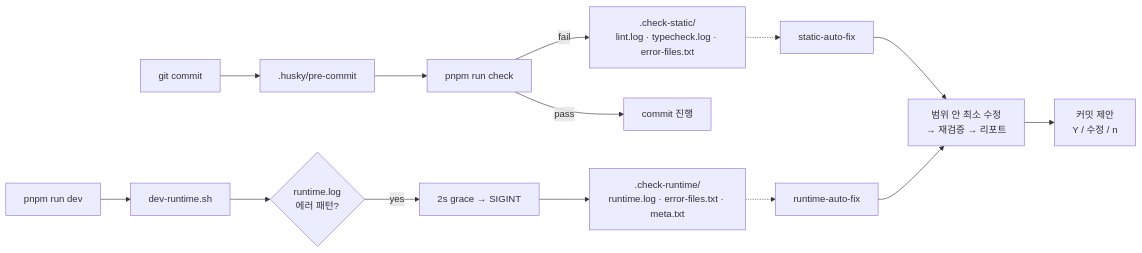
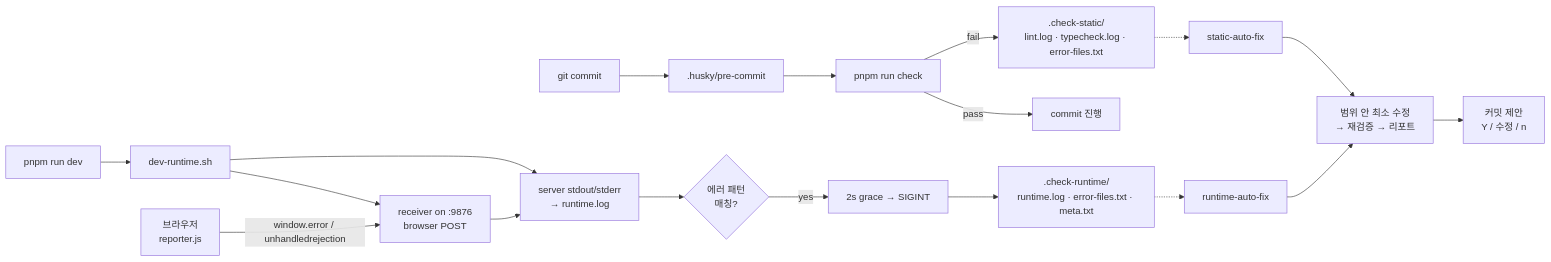
Before and after one commit to letYuchan/vibe-check-mate: the diagram in README.md, drawn with Mermaid. The commit also changed other lines of this file and 5 other files, not shown here.

First line of the commit message:
release: v0.4.0 — unified server + client runtime error capture

````diff
--- a/README.md
+++ b/README.md
@@ -47,18 +48,22 @@
 ```mermaid
 flowchart LR
   A[git commit] --> B[.husky/pre-commit]
   B --> C[pnpm run check]
   C -->|fail| D[.check-static/<br/>lint.log · typecheck.log · error-files.txt]
   C -->|pass| E[commit 진행]
 
   F[pnpm run dev] --> G[dev-runtime.sh]
-  G --> H{runtime.log<br/>에러 패턴?}
+  G --> S[server stdout/stderr<br/>→ runtime.log]
+  G --> R[receiver on :9876<br/>browser POST]
+  BR[브라우저<br/>reporter.js] -->|window.error / unhandledrejection| R
+  R --> S
+  S --> H{에러 패턴<br/>매칭?}
   H -->|yes| I[2s grace → SIGINT]
   I --> J[.check-runtime/<br/>runtime.log · error-files.txt · meta.txt]
 
   D -.-> K[static-auto-fix]
   J -.-> L[runtime-auto-fix]
   K --> M[범위 안 최소 수정<br/>→ 재검증 → 리포트]
   L --> M
   M --> N[커밋 제안<br/>Y / 수정 / n]
 ```
````
